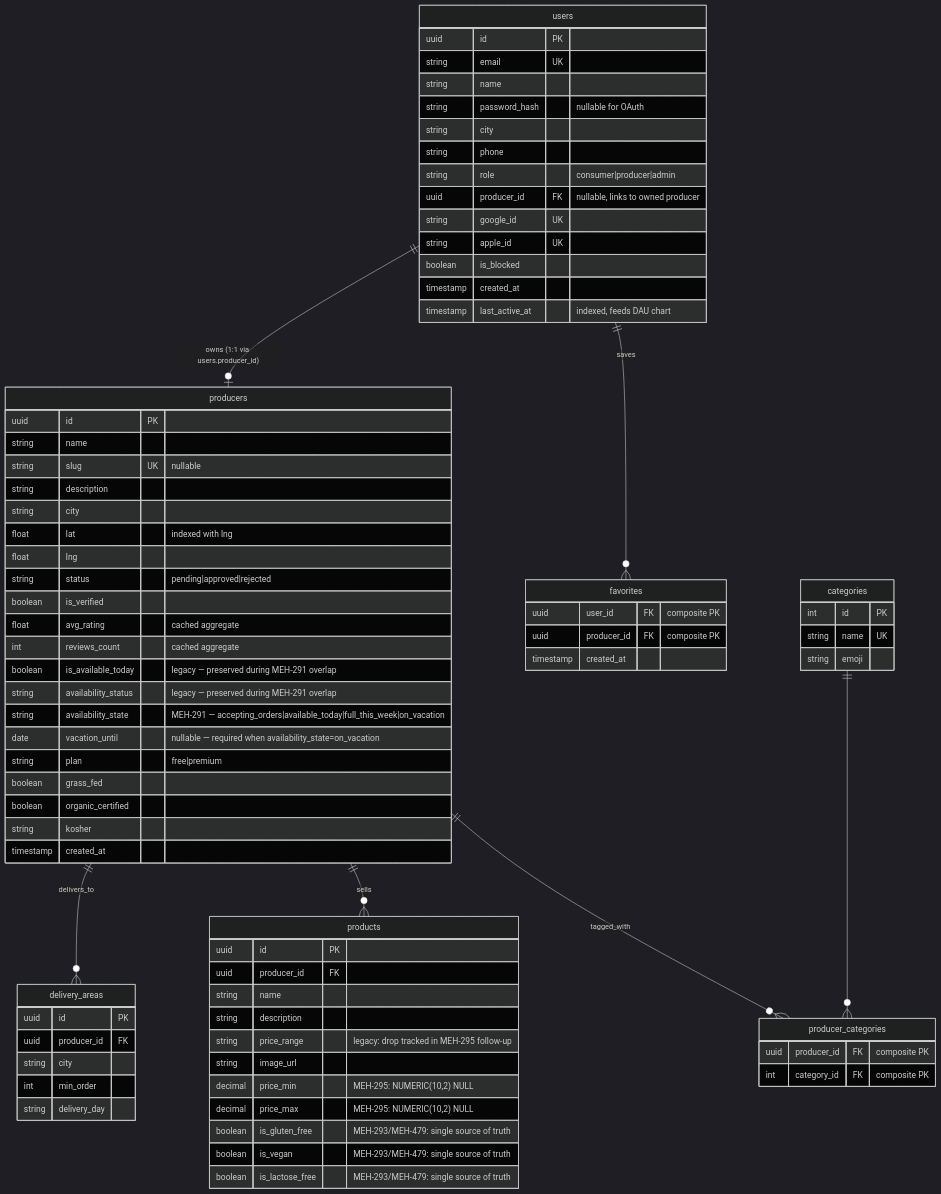
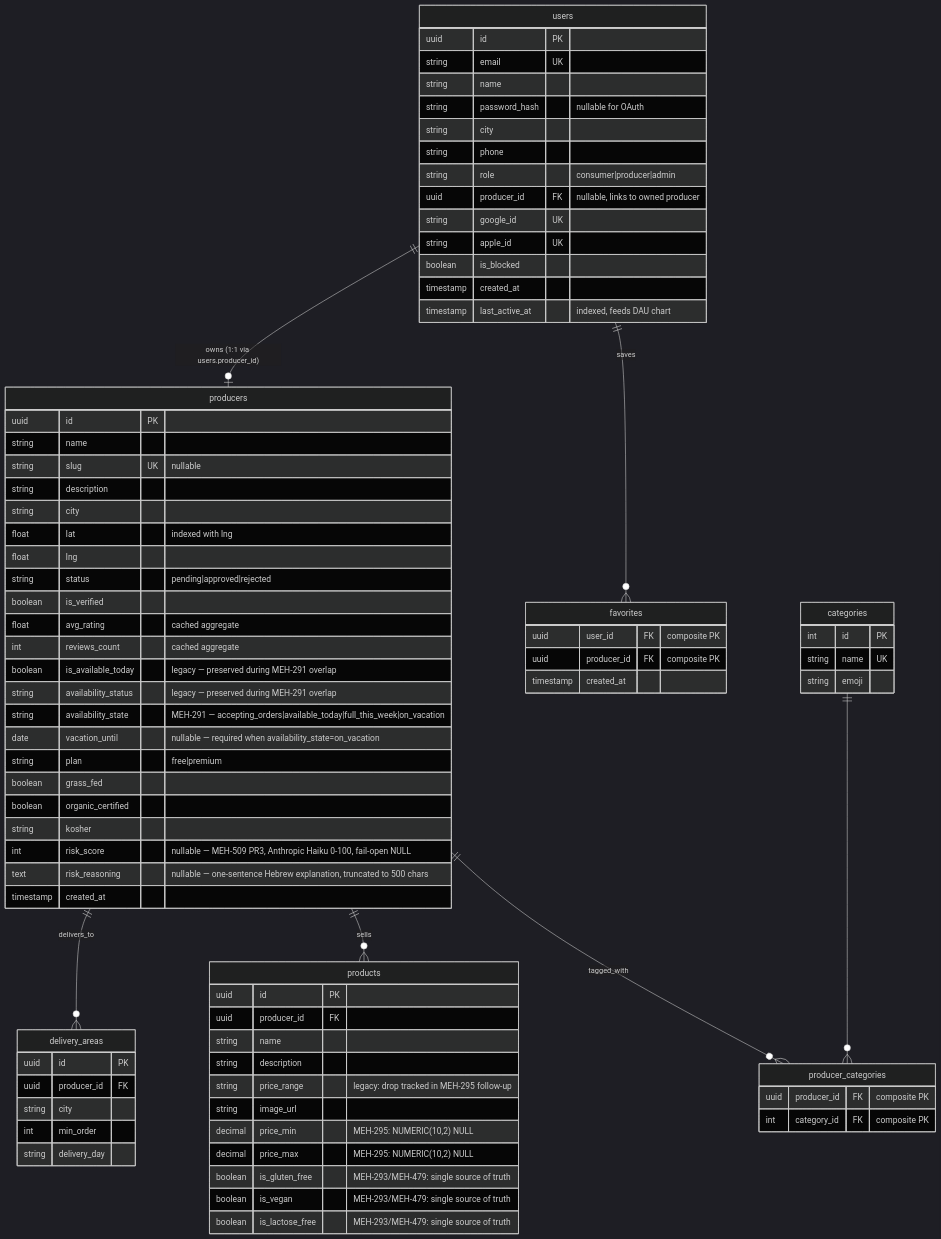
The first of 4 diagrams in .ai/diagrams/db-schema.md (levismadar80-ship-it/FoodMamkor), drawn with Mermaid (dark theme) before and after one commit. The commit also changed 17 other files, not shown here.

```diff
--- a/.ai/diagrams/db-schema.md
+++ b/.ai/diagrams/db-schema.md
@@ -57,6 +57,8 @@
         boolean grass_fed
         boolean organic_certified
         string kosher
+        int risk_score "nullable — MEH-509 PR3, Anthropic Haiku 0-100, fail-open NULL"
+        text risk_reasoning "nullable — one-sentence Hebrew explanation, truncated to 500 chars"
         timestamp created_at
     }
 
```
